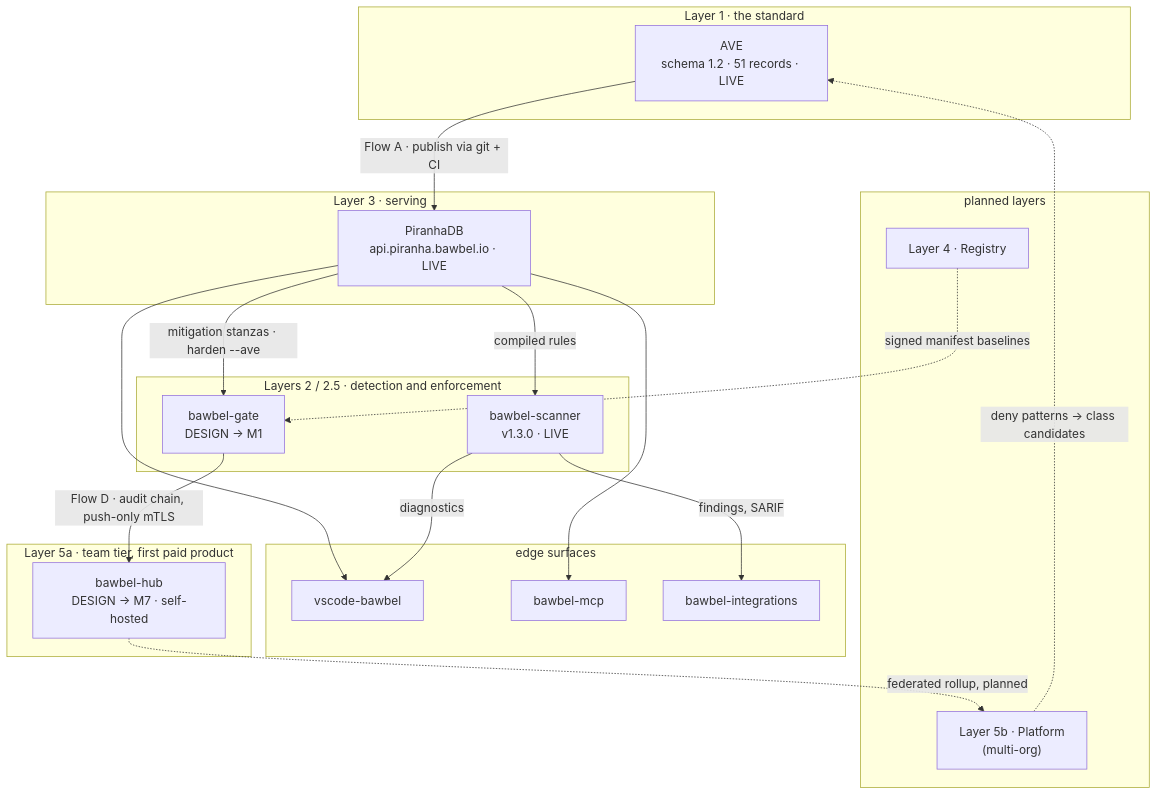
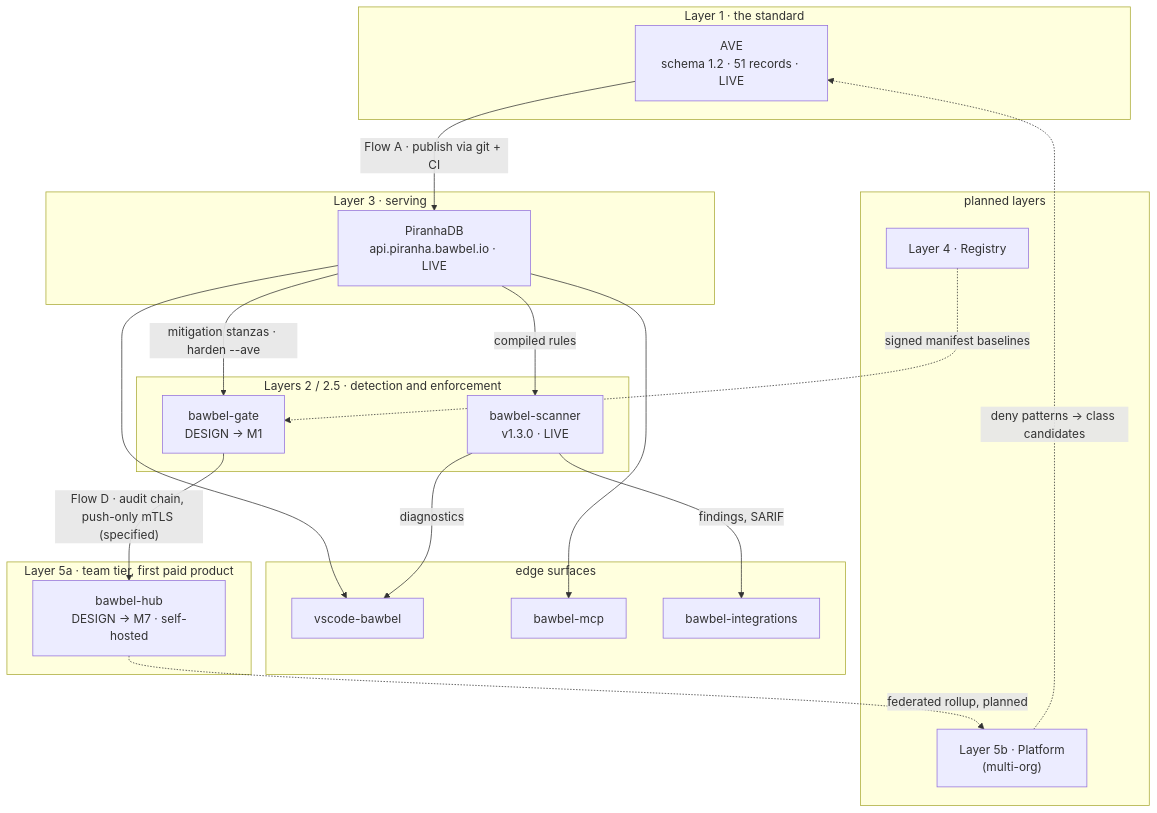
The first of 4 diagrams in ARCHITECTURE.md (bawbel/gate), drawn with Mermaid before and after one commit. The commit also changed other lines of this file and 1 other file, not shown here.

First line of the commit message:
docs: state what the hub does today and what is pending- #52 (#54)

````diff
--- a/ARCHITECTURE.md
+++ b/ARCHITECTURE.md
@@ -60,37 +60,37 @@
 ```mermaid
 flowchart TB
     subgraph L1["Layer 1 · the standard"]
         AVE["AVE<br/>schema 1.2 · 51 records · LIVE"]
     end
     subgraph L3["Layer 3 · serving"]
         PDB["PiranhaDB<br/>api.piranha.bawbel.io · LIVE"]
     end
     subgraph L2["Layers 2 / 2.5 · detection and enforcement"]
         SCN["bawbel-scanner<br/>v1.3.0 · LIVE"]
         GATE["bawbel-gate<br/>DESIGN → M1"]
     end
     subgraph EDGE["edge surfaces"]
         IDE["vscode-bawbel"]
         BMCP["bawbel-mcp"]
         CI["bawbel-integrations"]
     end
     subgraph L5A["Layer 5a · team tier, first paid product"]
         HUB["bawbel-hub<br/>DESIGN → M7 · self-hosted"]
     end
     subgraph PLAN["planned layers"]
         REG["Layer 4 · Registry"]
         PLAT["Layer 5b · Platform<br/>(multi-org)"]
     end
 
     AVE -->|"Flow A · publish via git + CI"| PDB
     PDB -->|"compiled rules"| SCN
     PDB -->|"mitigation stanzas · harden --ave"| GATE
     PDB --> IDE
     PDB --> BMCP
     SCN -->|"findings, SARIF"| CI
     SCN -->|"diagnostics"| IDE
-    GATE -->|"Flow D · audit chain, push-only mTLS"| HUB
+    GATE -->|"Flow D · audit chain, push-only mTLS (specified)"| HUB
     HUB -.->|"federated rollup, planned"| PLAT
     REG -.->|"signed manifest baselines"| GATE
     PLAT -.->|"deny patterns → class candidates"| AVE
 ```
````
